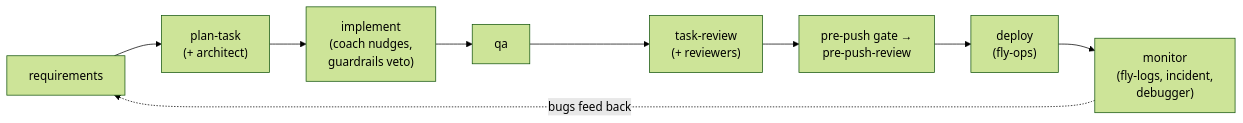
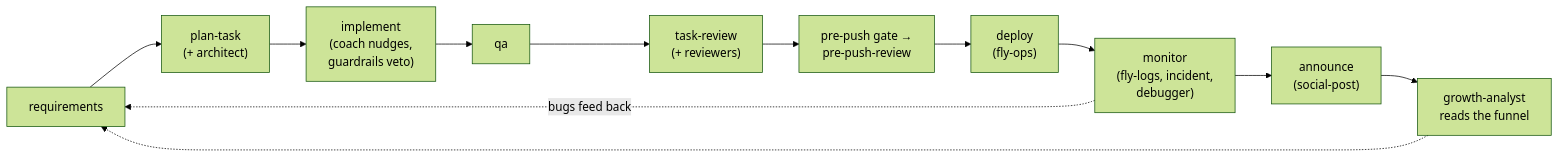
Before and after one commit to kulykivska/claude-plugins: the second of 2 diagrams in README.md, drawn with Mermaid (forest theme). The commit also changed other lines of this file and 22 other files, not shown here.

Commit message:
feat: growth agent packs (seo, research, content, reports, biz) + evening skill, bigger hud diagram

````diff
--- a/README.md
+++ b/README.md
@@ -65,5 +76,6 @@
 ```mermaid
 flowchart LR
     R["requirements"] --> P["plan-task<br/>(+ architect)"] --> I["implement<br/>(coach nudges,<br/>guardrails veto)"] --> Q["qa"] --> T["task-review<br/>(+ reviewers)"] --> G["pre-push gate →<br/>pre-push-review"] --> D["deploy<br/>(fly-ops)"] --> M["monitor<br/>(fly-logs, incident,<br/>debugger)"]
     M -. bugs feed back .-> R
+    M --> A2["announce<br/>(social-post)"] --> G2["growth-analyst<br/>reads the funnel"] -.-> R
 ```
````
